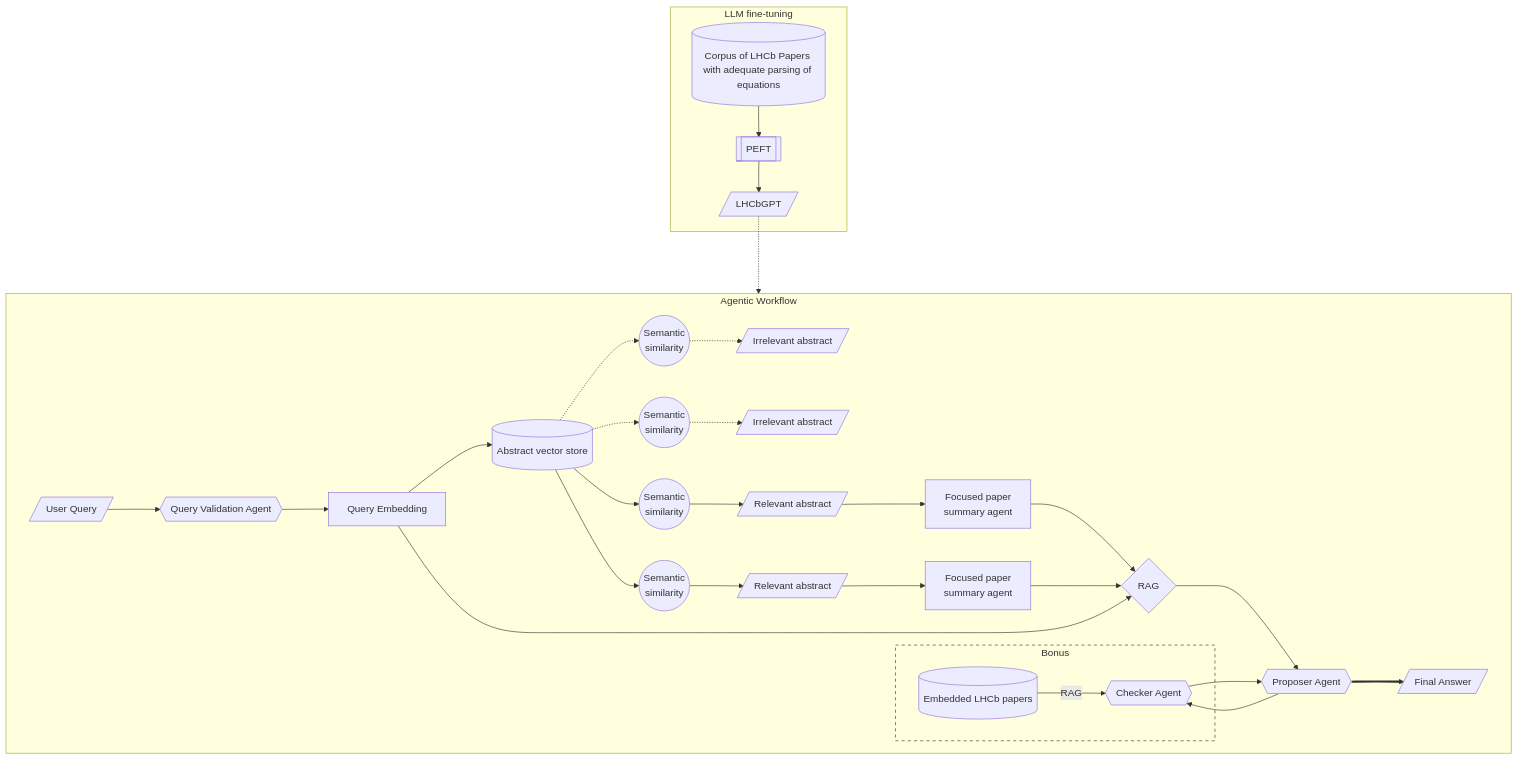
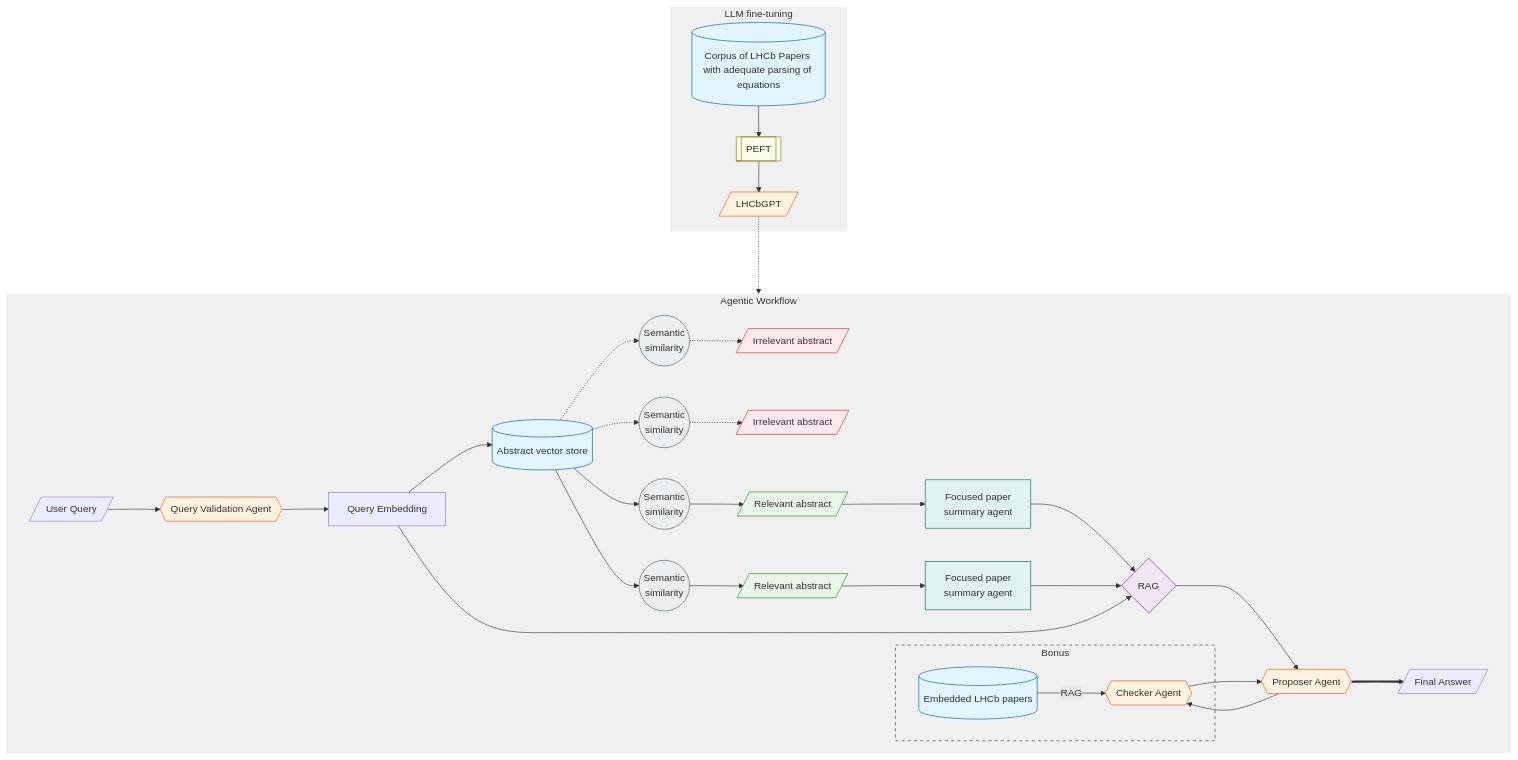
One commit to reallyblaised/beauty-in-stats changed the diagram in README.md. Above: the diagram before and after it, drawn with Mermaid.

Commit message:
mermaid cleanup & AIEng added

````diff
--- a/README.md
+++ b/README.md
@@ -8,61 +8,82 @@
 ```mermaid
 graph TD
     subgraph FT ["LLM fine-tuning"]
         Knowledge[(Corpus of LHCb Papers with adequate parsing of equations)]
         FT_node[[PEFT]]
         LLM_model[/LHCbGPT/]
         
         Knowledge --> FT_node
         FT_node --> LLM_model
     end
     
     subgraph Flow ["Agentic Workflow"]
         subgraph Bonus ["Bonus"]
                 LHCbCorpus[(Embedded LHCb papers)]
                 Checker{{Checker Agent}}
             end
         LHCbCorpus[(Embedded LHCb papers)]
         User[/"User Query"/]
         QueryEmbedding[Query Embedding]
         QV{{Query Validation Agent}}
         Abstracts[(Abstract vector store)]
         RP1[/Relevant abstract/]
         RP2[/Relevant abstract/]
         IP1[/Irrelevant abstract/]
         IP2[/Irrelevant abstract/]
         RAGnode{RAG}
         SS1((Semantic<br/>similarity))
         SS2((Semantic<br/>similarity))
         SS3((Semantic<br/>similarity))
         SS4((Semantic<br/>similarity))
         Summary1[Focused paper<br/>summary agent]
         Summary2[Focused paper<br/>summary agent]
         Proposer{{Proposer Agent}}
         Checker{{Checker Agent}}
         Answer[/Final Answer/]
         
         User --> QV
         QV --> QueryEmbedding
         QueryEmbedding --> Abstracts
         Abstracts -.-> SS1 -.-> IP1
         Abstracts -.-> SS2 -.-> IP2
         Abstracts --> SS3 --> RP1
         Abstracts --> SS4 --> RP2
         RP1 --> Summary1
         RP2 --> Summary2
         Summary1 --> RAGnode
         Summary2 --> RAGnode
         QueryEmbedding --> RAGnode
         RAGnode --> Proposer
         Proposer --> Checker
         LHCbCorpus -- RAG --> Checker
         Checker --> Proposer
         Proposer ==> Answer
     end
     
     %% Connect the workflows
     LLM_model -..-> Flow
     
-   
+    style FT fill:#f0f0f0,stroke:#333,stroke-width:0px
+    style FT_node fill:#f9fbe7,stroke:#827717
+    style Flow fill:#f0f0f0,stroke:#333,stroke-width:0px
+    style Knowledge fill:#e1f5fe,stroke:#01579b
+    style LLM_model fill:#fff3e0,stroke:#e65100
+    style Proposer fill:#fff3e0,stroke:#e65100
+    style Checker fill:#fff3e0,stroke:#e65100
+    style LHCbCorpus fill:#e1f5fe,stroke:#01579b
+    style Abstracts fill:#e1f5fe,stroke:#01579b
+    style IP1 fill:#ffebee,stroke:#c62828
+    style IP2 fill:#ffebee,stroke:#c62828
+    style RP1 fill:#e8f5e9,stroke:#2e7d32
+    style RP2 fill:#e8f5e9,stroke:#2e7d32
+    style RAGnode fill:#f3e5f5,stroke:#6a1b9a
+    style Summary1 fill:#e0f2f1,stroke:#00695c
+    style Summary2 fill:#e0f2f1,stroke:#00695c
+    style SS1 fill:#eceff1,stroke:#455a64
+     style SS2 fill:#eceff1,stroke:#455a64
+      style SS3 fill:#eceff1,stroke:#455a64
+       style SS4 fill:#eceff1,stroke:#455a64
+
+    style QV fill:#fff3e0,stroke:#e65100
      style Bonus fill:none,stroke:#333,stroke-width:1px,stroke-dasharray: 5 5
 ```
````
